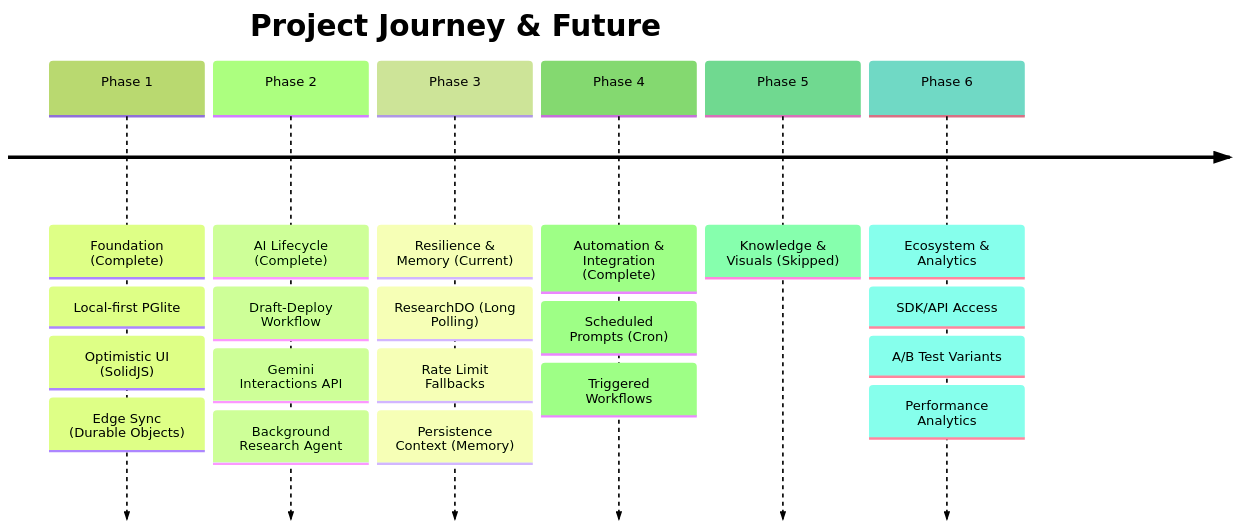
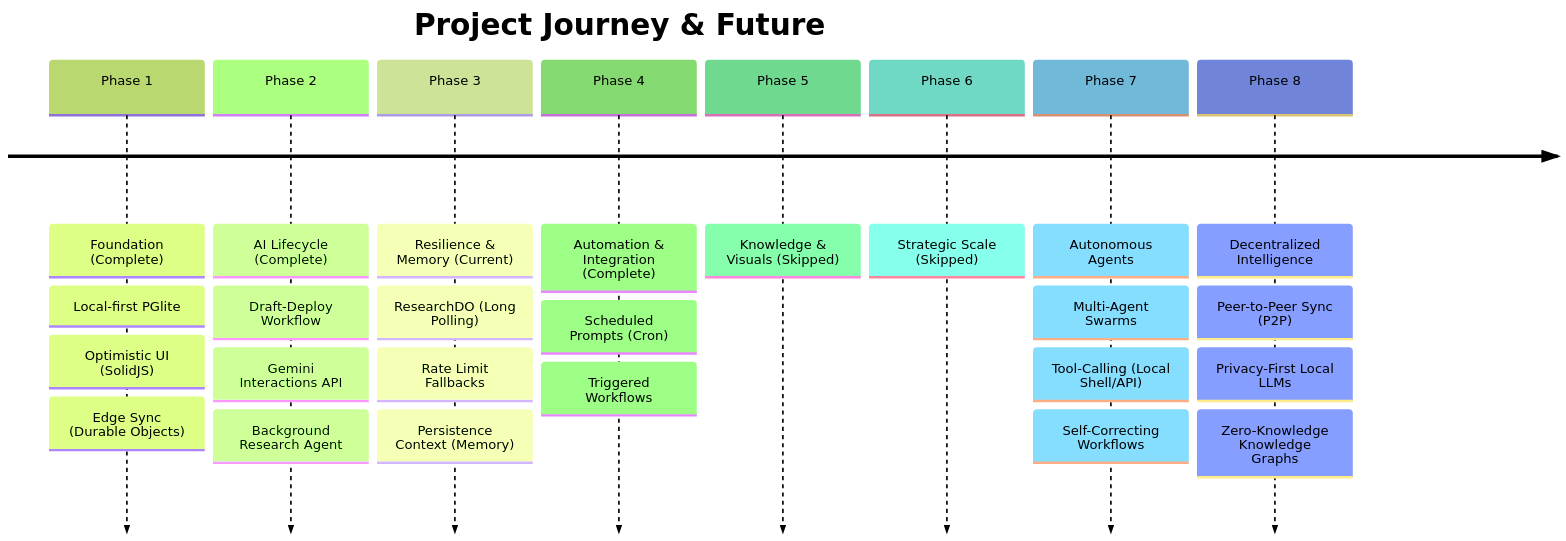
Before and after one commit to criticalinsight/trello-local-sync: the diagram in ROADMAP.md, drawn with Mermaid (forest theme). The commit also changed other lines of this file, not shown here.

Commit message:
Ralph: Autonomous Iteration - Thu Jan 15 18:51:43 EAT 2026

````diff
--- a/ROADMAP.md
+++ b/ROADMAP.md
@@ -7,19 +7,23 @@
 ```mermaid
 timeline
     title Project Journey & Future
     Phase 1 : Foundation (Complete) : Local-first PGlite
             : Optimistic UI (SolidJS)
             : Edge Sync (Durable Objects)
     Phase 2 : AI Lifecycle (Complete) : Draft-Deploy Workflow
             : Gemini Interactions API
             : Background Research Agent
     Phase 3 : Resilience & Memory (Current) : ResearchDO (Long Polling)
             : Rate Limit Fallbacks
             : Persistence Context (Memory)
     Phase 4 : Automation & Integration (Complete) : Scheduled Prompts (Cron)
             : Triggered Workflows
     Phase 5 : Knowledge & Visuals (Skipped)
-    Phase 6 : Ecosystem & Analytics : SDK/API Access
-            : A/B Test Variants
-            : Performance Analytics
+    Phase 6 : Strategic Scale (Skipped)
+    Phase 7 : Autonomous Agents : Multi-Agent Swarms
+             : Tool-Calling (Local Shell/API)
+             : Self-Correcting Workflows
+    Phase 8 : Decentralized Intelligence : Peer-to-Peer Sync (P2P)
+             : Privacy-First Local LLMs
+             : Zero-Knowledge Knowledge Graphs
 ```
````
